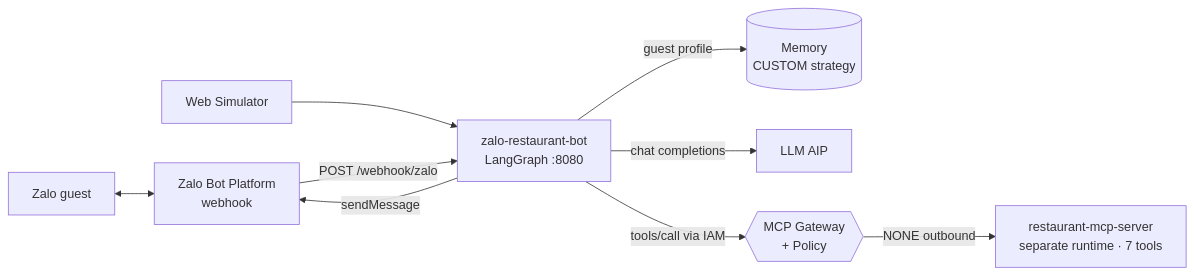
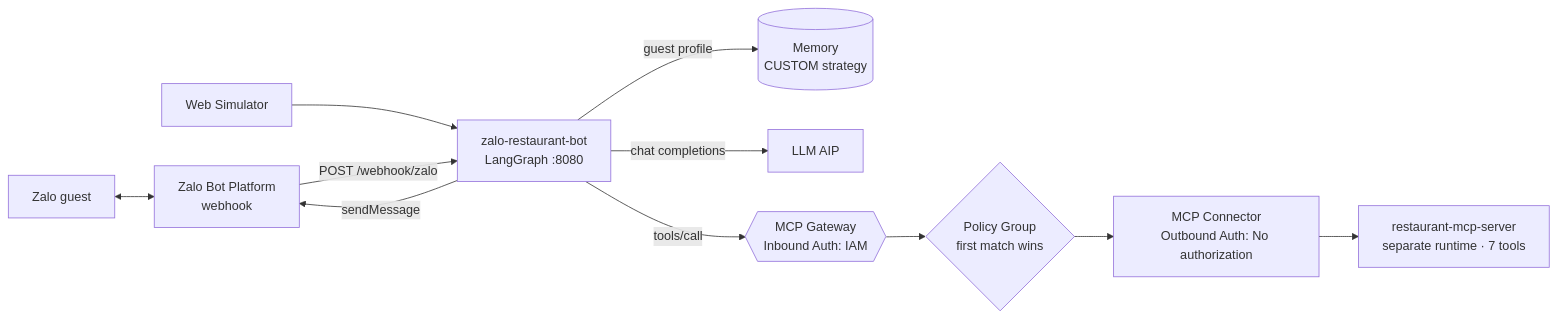
Before and after one commit to GreenNode-Sample-AgentBase/greennode-agentbase-zalo-restaurant: the diagram in README.md, drawn with Mermaid. The commit also changed other lines of this file and 7 other files, not shown here.

````diff
--- a/README.md
+++ b/README.md
@@ -35,11 +35,13 @@
 ```mermaid
 flowchart LR
     ZU[Zalo guest] <--> ZB[Zalo Bot Platform<br/>webhook]
     SIM[Web Simulator] --> R[zalo-restaurant-bot<br/>LangGraph :8080]
     ZB -->|POST /webhook/zalo| R
     R -->|sendMessage| ZB
     R -->|guest profile| M[(Memory<br/>CUSTOM strategy)]
     R -->|chat completions| L[LLM AIP]
-    R -->|tools/call via IAM| G{{MCP Gateway<br/>+ Policy}}
-    G -->|NONE outbound| MCP[restaurant-mcp-server<br/>separate runtime · 7 tools]
+    R -->|tools/call| G{{MCP Gateway<br/>Inbound Auth: IAM}}
+    G --> P{Policy Group<br/>first match wins}
+    P --> C[MCP Connector<br/>Outbound Auth: No authorization]
+    C --> MCP[restaurant-mcp-server<br/>separate runtime · 7 tools]
 ```
````
